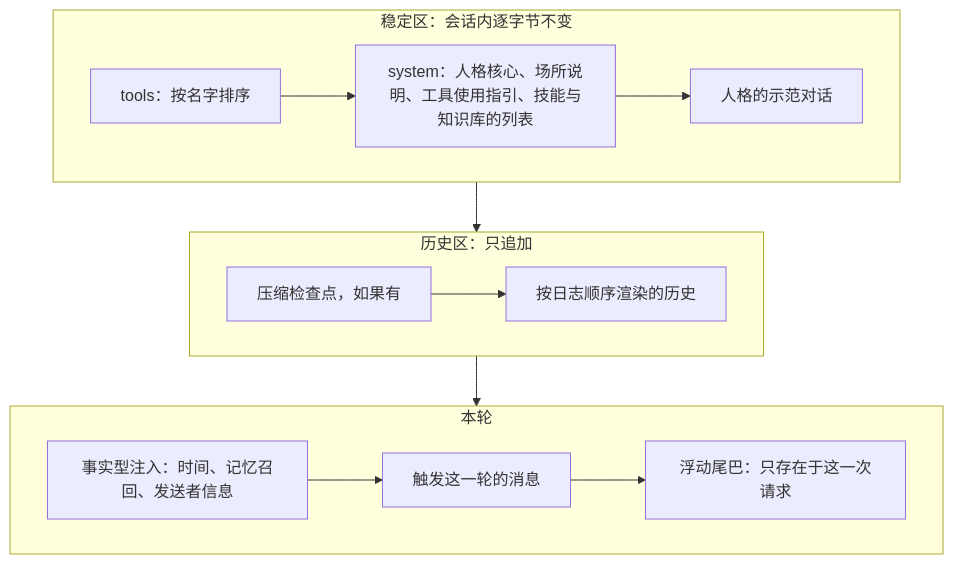
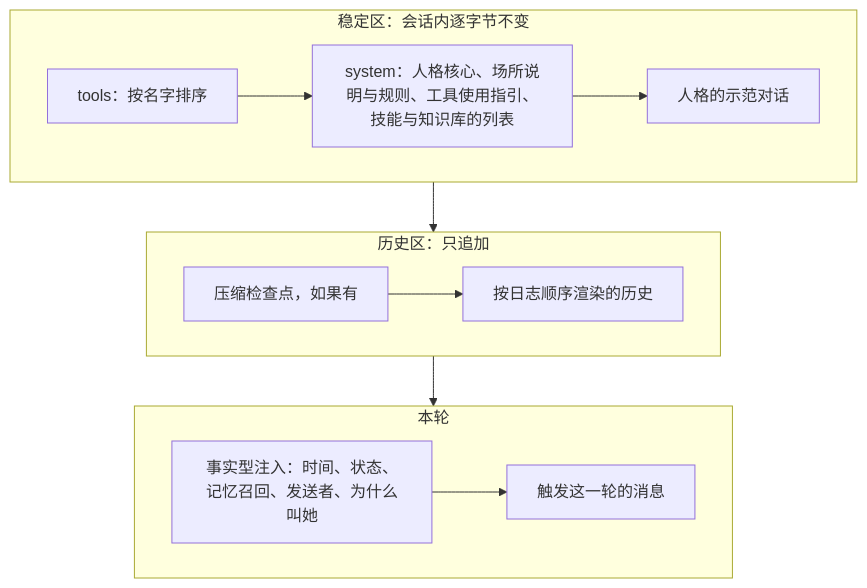
Before and after one commit to SHORiN-KiWATA/miyu-agent-remake: the first of 2 diagrams in docs/designs/08-上下文投影.md, drawn with Mermaid. The commit also changed other lines of this file and 21 other files, not shown here.

````diff
--- a/docs/designs/08-上下文投影.md
+++ b/docs/designs/08-上下文投影.md
@@ -23,16 +23,16 @@
 ```mermaid
 flowchart TB
     subgraph stable["稳定区：会话内逐字节不变"]
         direction LR
-        tools["tools：按名字排序"] --> sys["system：人格核心、场所说明、工具使用指引、技能与知识库的列表"] --> demo["人格的示范对话"]
+        tools["tools：按名字排序"] --> sys["system：人格核心、场所说明与规则、工具使用指引、技能与知识库的列表"] --> demo["人格的示范对话"]
     end
     subgraph hist["历史区：只追加"]
         direction LR
         h1["压缩检查点，如果有"] --> h2["按日志顺序渲染的历史"]
     end
     subgraph now["本轮"]
         direction LR
-        inj["事实型注入：时间、记忆召回、发送者信息"] --> msg["触发这一轮的消息"] --> tail["浮动尾巴：只存在于这一次请求"]
+        inj["事实型注入：时间、状态、记忆召回、发送者、为什么叫她"] --> msg["触发这一轮的消息"]
     end
     stable --> hist --> now
 ```
````
